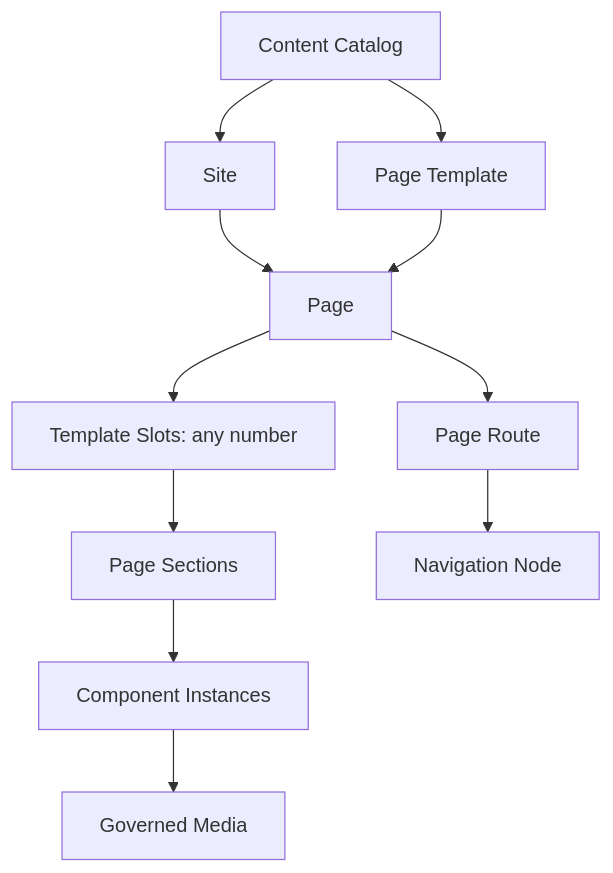
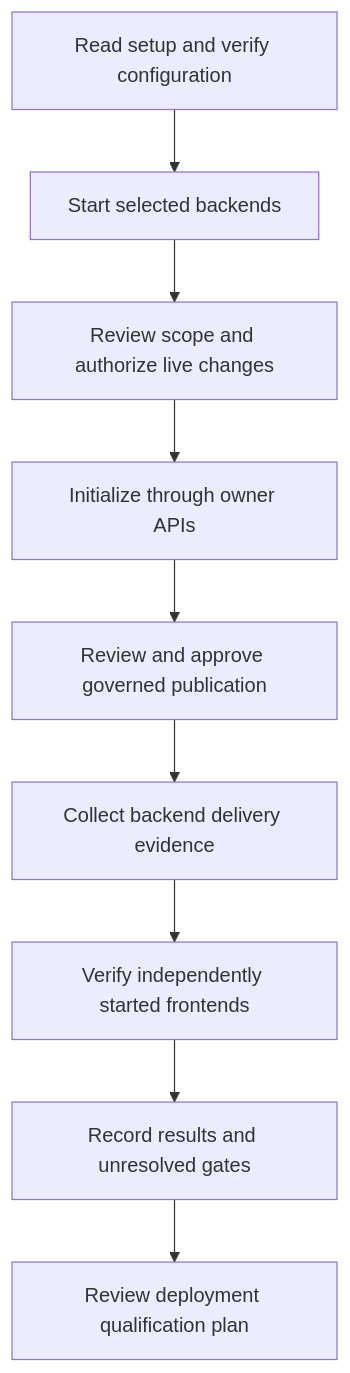
The diagram in docs/pages/local-acceptance-checklist.md (Nodics/nodics.kickoff), drawn with Mermaid before and after one commit. The commit also changed other lines of this file and 256 other files, not shown here.

Commit message:
refactor: slim customer composition and record local closure evidence

````diff
--- a/docs/pages/local-acceptance-checklist.md
+++ b/docs/pages/local-acceptance-checklist.md
@@ -412,24 +32,11 @@
 ```mermaid
 flowchart TD
-  Catalog["Content Catalog"]
-  Site["Site"]
-  Template["Page Template"]
-  Page["Page"]
-  Slots["Template Slots: any number"]
-  Sections["Page Sections"]
-  Components["Component Instances"]
-  Media["Governed Media"]
-  Route["Page Route"]
-  Nav["Navigation Node"]
-
-  Catalog --> Site
-  Catalog --> Template
-  Site --> Page
-  Template --> Page
-  Page --> Slots
-  Slots --> Sections
-  Sections --> Components
-  Components --> Media
-  Page --> Route
-  Route --> Nav
+  Source["Read setup and verify configuration"] --> Ready["Start selected backends"]
+  Ready --> Review["Review scope and authorize live changes"]
+  Review --> Init["Initialize through owner APIs"]
+  Init --> Publish["Review and approve governed publication"]
+  Publish --> API["Collect backend delivery evidence"]
+  API --> Browser["Verify independently started frontends"]
+  Browser --> Report["Record results and unresolved gates"]
+  Report --> Release["Review deployment qualification plan"]
 ```
````
